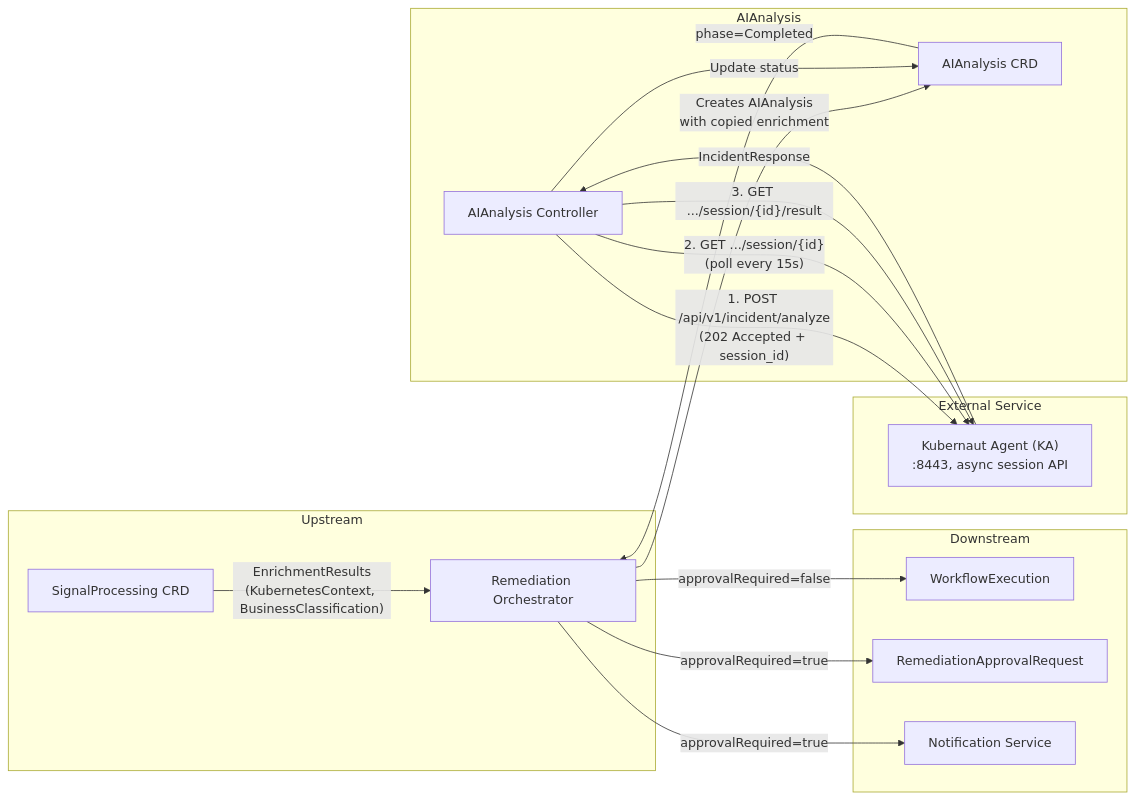
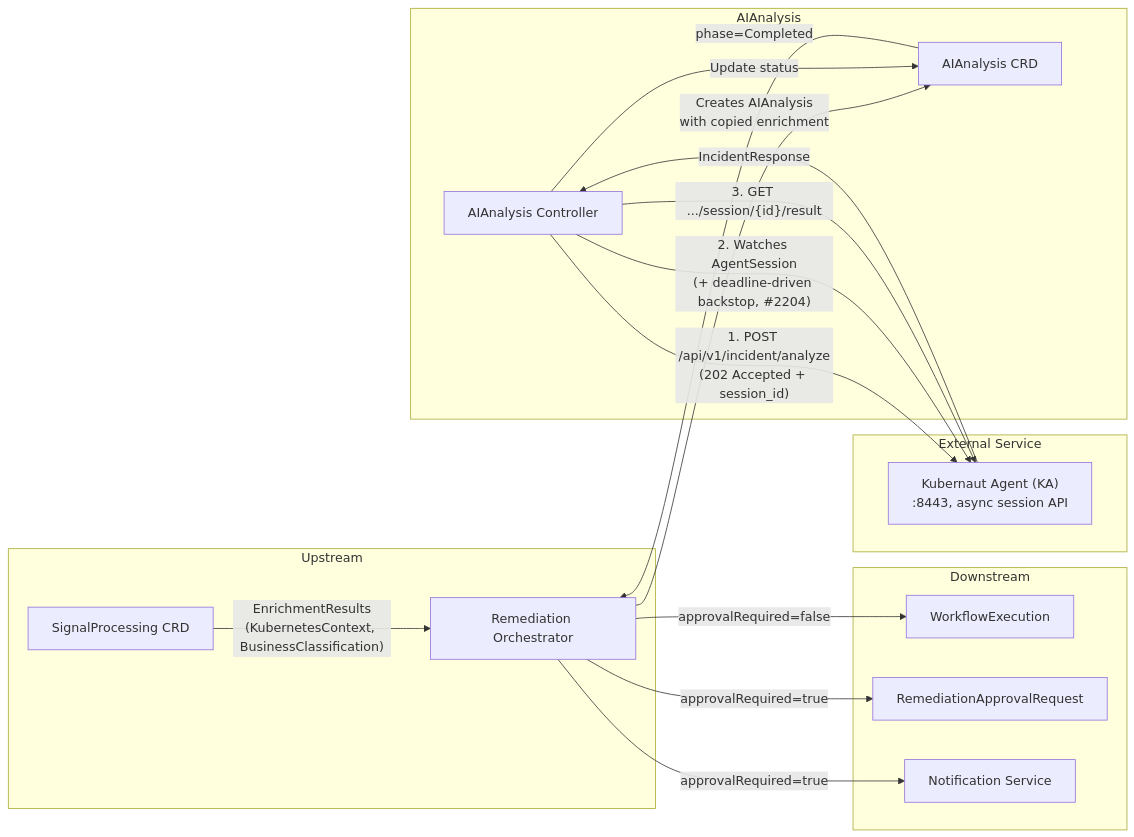
Before and after one commit to jordigilh/kubernaut: the first of 2 diagrams in docs/services/crd-controllers/02-aianalysis/integration-points.md, drawn with Mermaid. The commit also changed other lines of this file and 21 other files, not shown here.

````diff
--- a/docs/services/crd-controllers/02-aianalysis/integration-points.md
+++ b/docs/services/crd-controllers/02-aianalysis/integration-points.md
@@ -35,34 +35,34 @@
 ```mermaid
 graph LR
     subgraph "Upstream"
         SP[SignalProcessing CRD]
         RO[Remediation Orchestrator]
     end
 
     subgraph "AIAnalysis"
         AIA[AIAnalysis CRD]
         CTRL[AIAnalysis Controller]
     end
 
     subgraph "External Service"
         KA["Kubernaut Agent (KA)<br/>:8443, async session API"]
     end
 
     subgraph "Downstream"
         WE[WorkflowExecution]
         ARQ[RemediationApprovalRequest]
         NOT[Notification Service]
     end
 
     SP -->|"EnrichmentResults<br/>(KubernetesContext, BusinessClassification)"| RO
     RO -->|"Creates AIAnalysis<br/>with copied enrichment"| AIA
     CTRL -->|"1. POST /api/v1/incident/analyze<br/>(202 Accepted + session_id)"| KA
-    CTRL -->|"2. GET .../session/{id}<br/>(poll every 15s)"| KA
+    CTRL -->|"2. Watches AgentSession<br/>(+ deadline-driven backstop, #2204)"| KA
     CTRL -->|"3. GET .../session/{id}/result"| KA
     KA -->|"IncidentResponse"| CTRL
     CTRL -->|"Update status"| AIA
     AIA -->|"phase=Completed"| RO
     RO -->|"approvalRequired=false"| WE
     RO -->|"approvalRequired=true"| ARQ
     RO -->|"approvalRequired=true"| NOT
 ```
````
